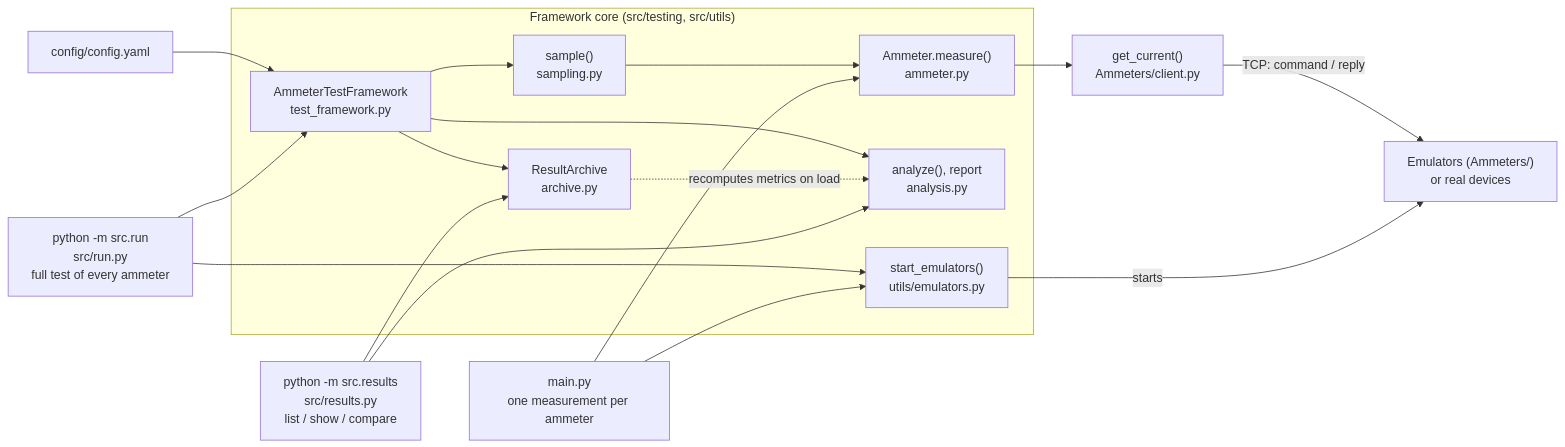
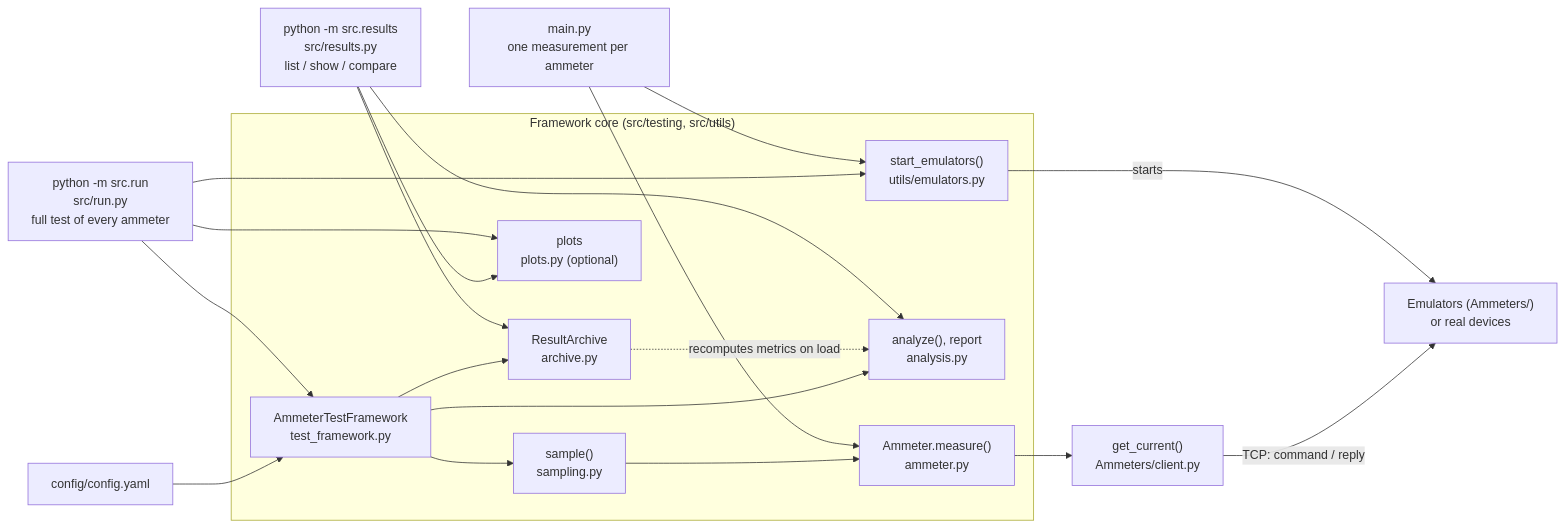
The diagram in DESIGN.md (demuch/awesome-ammeter-test-framework), drawn with Mermaid before and after one commit. The commit also changed other lines of this file and 15 other files, not shown here.

````diff
--- a/DESIGN.md
+++ b/DESIGN.md
@@ -8,32 +8,35 @@
 ```mermaid
 flowchart LR
     MAIN["main.py<br>one measurement per ammeter"]
     RT["python -m src.run<br>src/run.py<br>full test of every ammeter"]
     CLI["python -m src.results<br>src/results.py<br>list / show / compare"]
     CFG["config/config.yaml"]
 
     subgraph framework["Framework core (src/testing, src/utils)"]
         FW["AmmeterTestFramework<br>test_framework.py"]
         SA["sample()<br>sampling.py"]
         API["Ammeter.measure()<br>ammeter.py"]
         AN["analyze(), report<br>analysis.py"]
         AR["ResultArchive<br>archive.py"]
         EM["start_emulators()<br>utils/emulators.py"]
+        PL["plots<br>plots.py (optional)"]
         FW --> SA --> API
         FW --> AN
         FW --> AR
         AR -. recomputes metrics on load .-> AN
     end
 
     CFG --> FW
     RT --> FW
     RT --> EM
     MAIN --> EM
     MAIN --> API
     CLI --> AR
     CLI --> AN
+    CLI --> PL
+    RT --> PL
 
     API --> CL["get_current()<br>Ammeters/client.py"]
     CL -- "TCP: command / reply" --> DEV["Emulators (Ammeters/)<br>or real devices"]
     EM -- "starts" --> DEV
 ```
````
